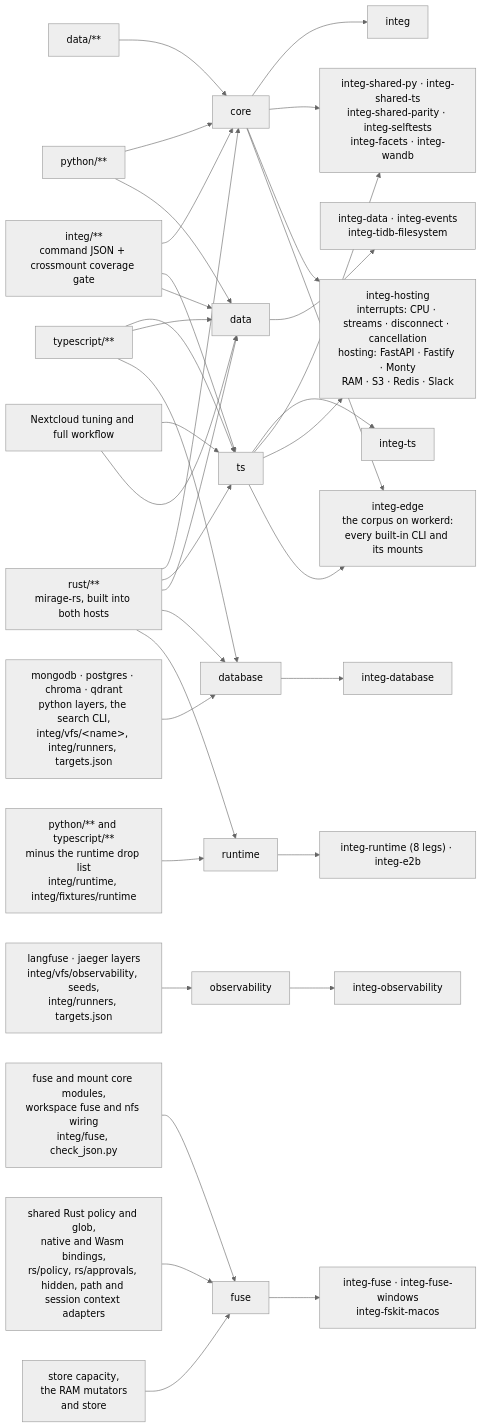
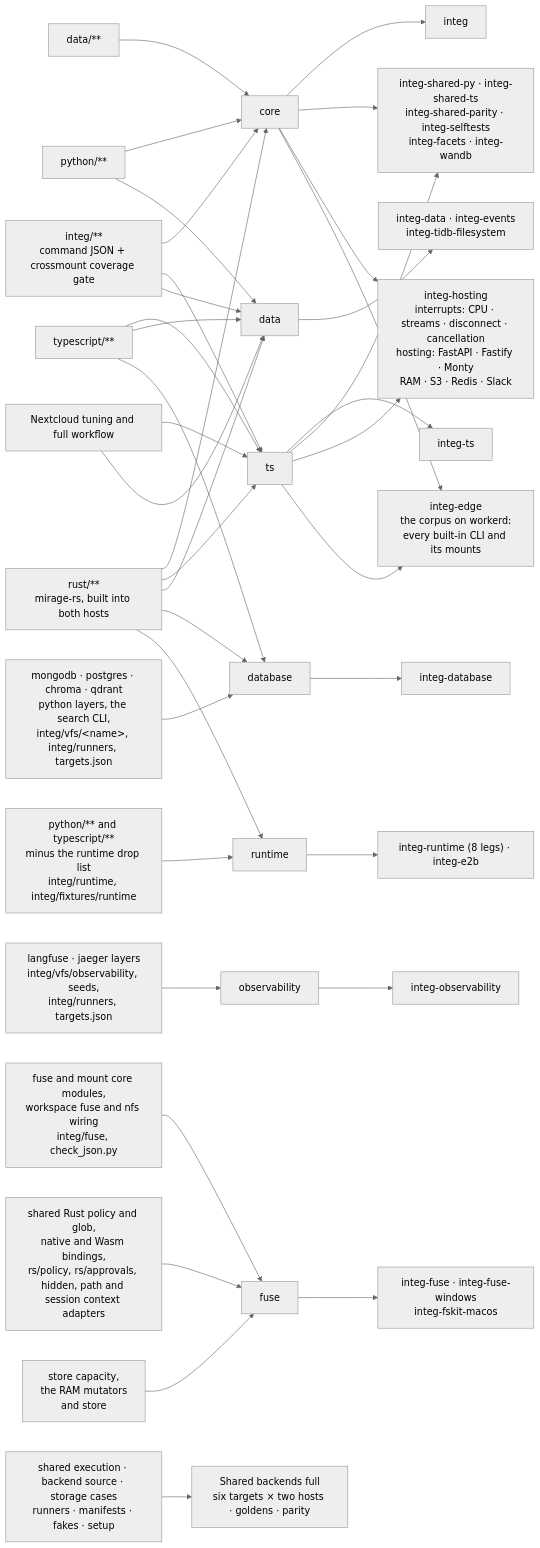
One commit to strukto-ai/mirage changed the diagram in integ/README.md. Above: the diagram before and after it, drawn with Mermaid (neutral theme). The commit also changed other lines of this file and 8 other files, not shown here.

Commit message:
test(integ): focus shared backend coverage and retain full batteries

````diff
--- a/integ/README.md
+++ b/integ/README.md
@@ -350,25 +386,26 @@
 ```mermaid
 flowchart LR
     PY["python/**"] --> core & data
     TSX["typescript/**"] --> ts & data & database
     IN["integ/**<br/>command JSON + crossmount coverage gate"] --> core & ts & data
     D["data/**"] --> core
     RS["rust/**<br/>mirage-rs, built into both hosts"] --> core & ts & data & database & runtime
     DB["mongodb · postgres · chroma · qdrant<br/>python layers, the search CLI,<br/>integ/vfs/&lt;name&gt;, integ/runners, targets.json"] --> database
     OB["langfuse · jaeger layers<br/>integ/vfs/observability, seeds,<br/>integ/runners, targets.json"] --> observability
     FS["fuse and mount core modules,<br/>workspace fuse and nfs wiring<br/>integ/fuse, check_json.py"] --> fuse
     FP["shared Rust policy and glob,<br/>native and Wasm bindings,<br/>rs/policy, rs/approvals, hidden, path and session context adapters"] --> fuse
     CA["store capacity,<br/>the RAM mutators<br/>and store"] --> fuse
     RT["python/** and typescript/**<br/>minus the runtime drop list<br/>integ/runtime, integ/fixtures/runtime"] --> runtime
     core --> J1["integ"]
     ts --> J2["integ-ts"]
     core & ts --> J3["integ-shared-py · integ-shared-ts<br/>integ-shared-parity · integ-selftests<br/>integ-facets · integ-wandb"]
     core & ts --> HOST["integ-hosting<br/>interrupts: CPU · streams · disconnect · cancellation<br/>hosting: FastAPI · Fastify · Monty<br/>RAM · S3 · Redis · Slack"]
     core & ts --> EDGE["integ-edge<br/>the corpus on workerd:<br/>every built-in CLI and its mounts"]
     NC["Nextcloud tuning and full workflow"] --> ts & data
+    SF["shared execution · backend source · storage cases<br/>runners · manifests · fakes · setup"] --> FULL["Shared backends full<br/>six targets × two hosts · goldens · parity"]
     data --> J4["integ-data · integ-events<br/>integ-tidb-filesystem"]
     database --> J5["integ-database"]
     observability --> J6["integ-observability"]
     fuse --> J7["integ-fuse · integ-fuse-windows<br/>integ-fskit-macos"]
     runtime --> J8["integ-runtime (8 legs) · integ-e2b"]
 ```
````
